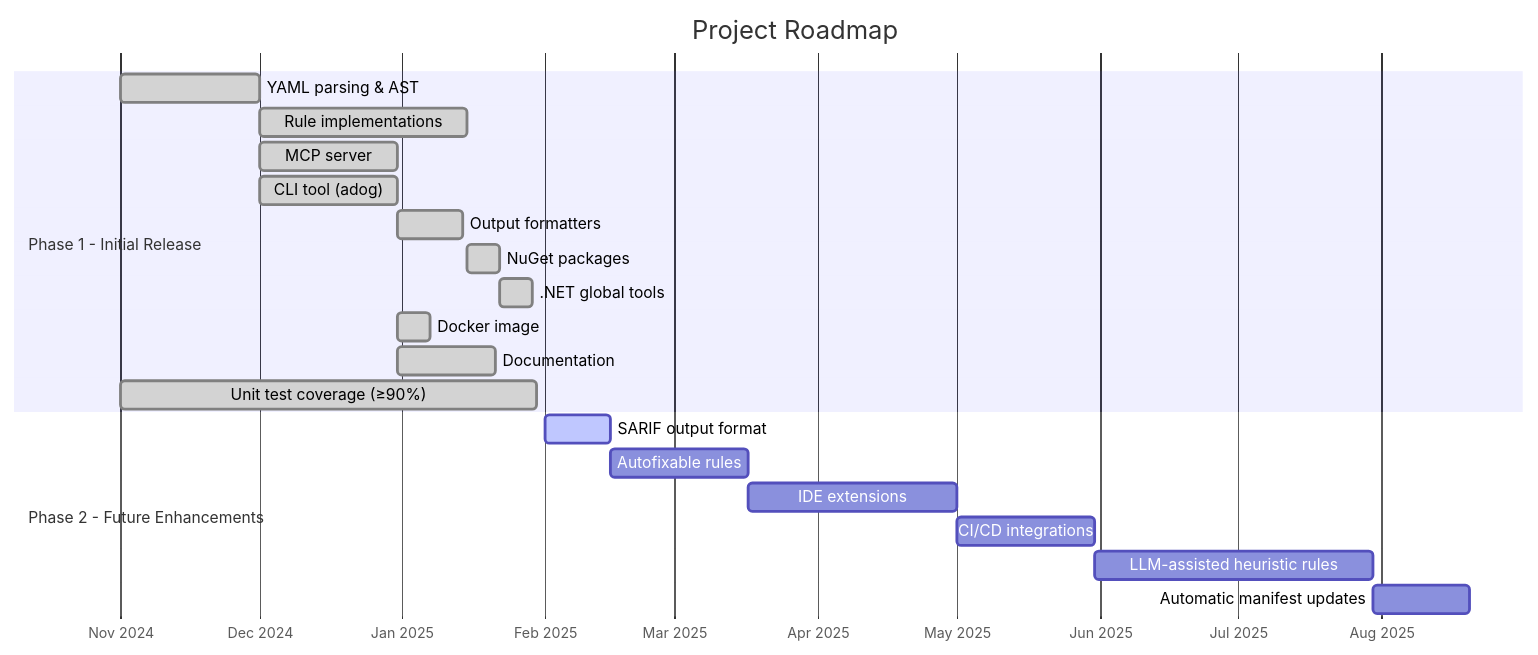
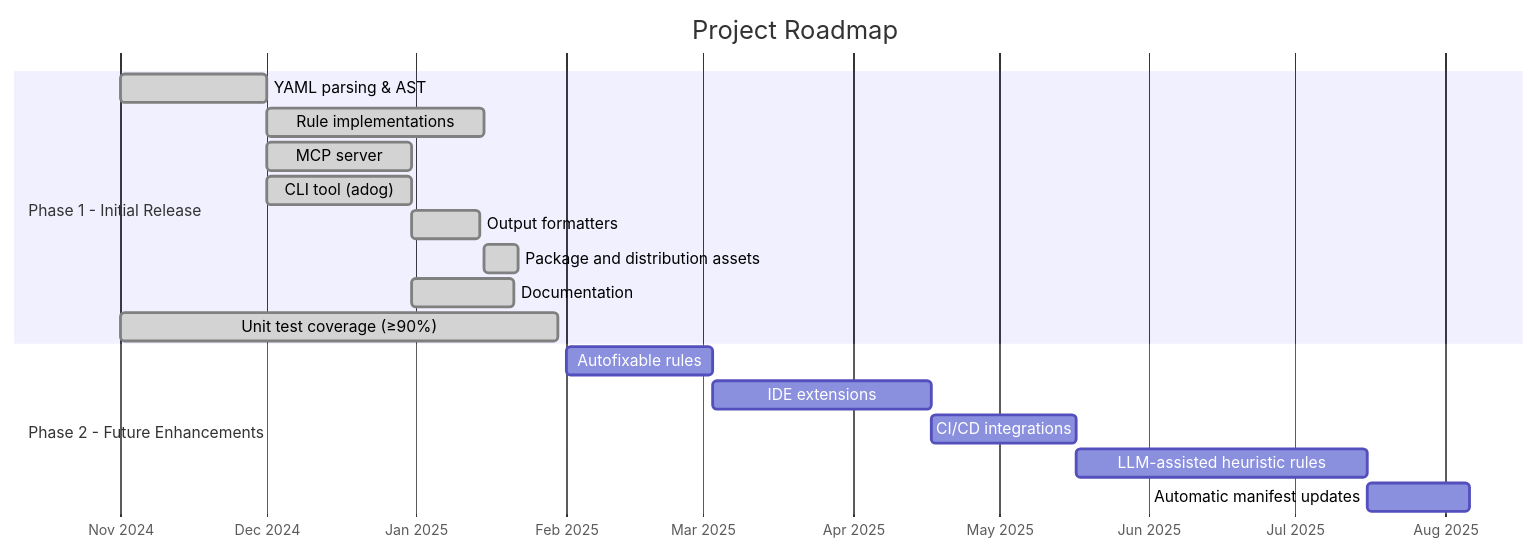
Before and after one commit to ruijarimba/azure-pipelines-guidelines-ai-mcp: the diagram in docs/vision.md, drawn with Mermaid. The commit also changed other lines of this file, not shown here.

Commit message:
docs: repair roadmap status

````diff
--- a/docs/vision.md
+++ b/docs/vision.md
@@ -15,26 +15,23 @@
 ```mermaid
 gantt
     title Project Roadmap
     dateFormat  YYYY-MM-DD
     axisFormat  %b %Y
 
     section Phase 1 - Initial Release
     YAML parsing & AST                :done, p1-parse, 2024-11-01, 30d
     Rule implementations              :done, p1-rules, after p1-parse, 45d
     MCP server                        :done, p1-mcp, after p1-parse, 30d
     CLI tool (adog)                   :done, p1-cli, after p1-parse, 30d
     Output formatters                 :done, p1-fmt, after p1-cli, 14d
-    NuGet packages                    :done, p1-nuget, after p1-rules, 7d
-    .NET global tools                 :done, p1-tools, after p1-nuget, 7d
-    Docker image                      :done, p1-docker, after p1-mcp, 7d
+    Package and distribution assets   :done, p1-dist, after p1-rules, 7d
     Documentation                     :done, p1-docs, after p1-cli, 21d
     Unit test coverage (≥90%)         :done, p1-tests, 2024-11-01, 90d
 
     section Phase 2 - Future Enhancements
-    SARIF output format               :active, p2-sarif, 2025-02-01, 14d
-    Autofixable rules                 :p2-autofix, after p2-sarif, 30d
+    Autofixable rules                 :p2-autofix, 2025-02-01, 30d
     IDE extensions                    :p2-ide, after p2-autofix, 45d
     CI/CD integrations                :p2-cicd, after p2-ide, 30d
     LLM-assisted heuristic rules      :p2-llm, after p2-cicd, 60d
     Automatic manifest updates        :p2-manifest, after p2-llm, 21d
 ```
````
